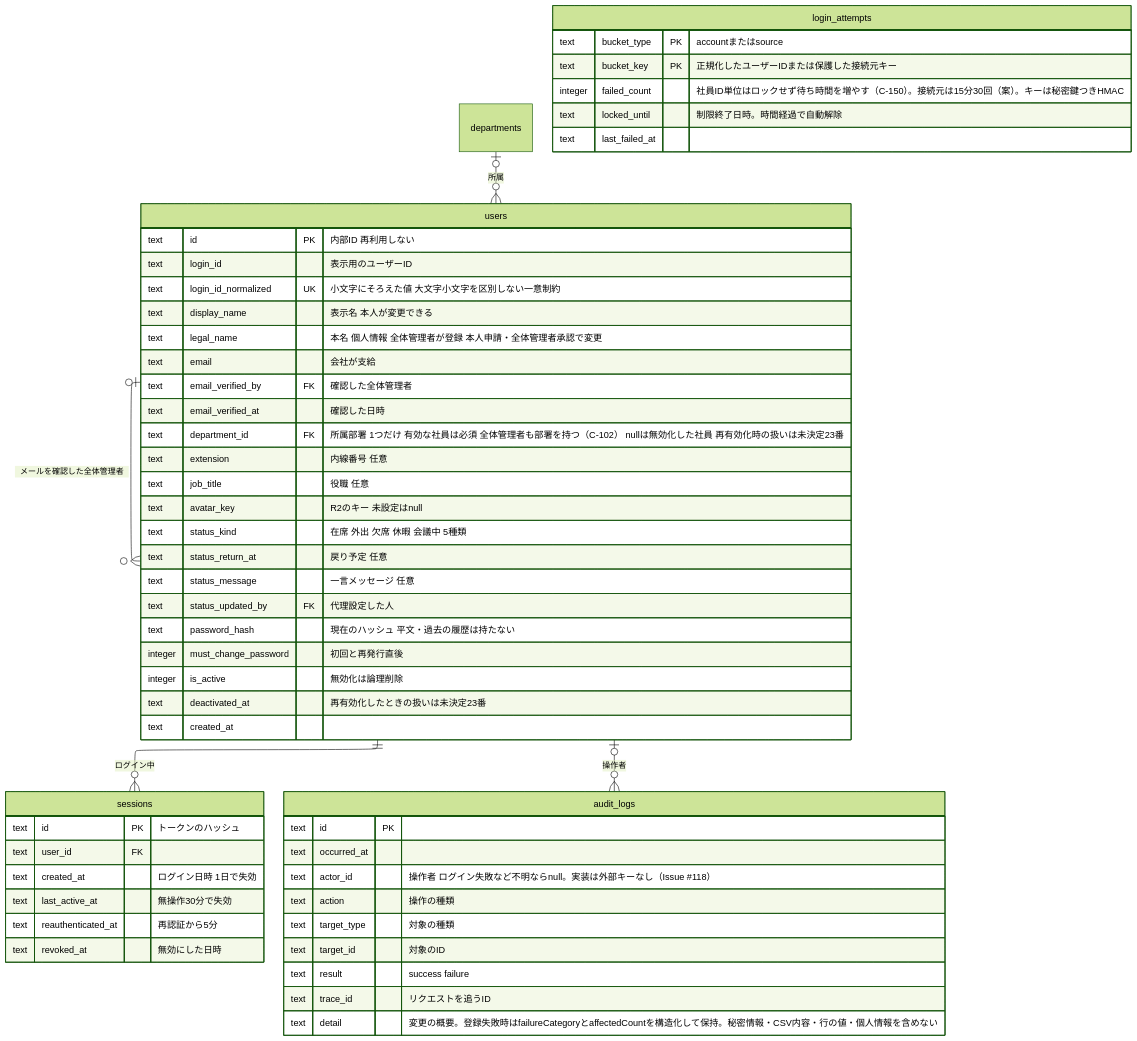
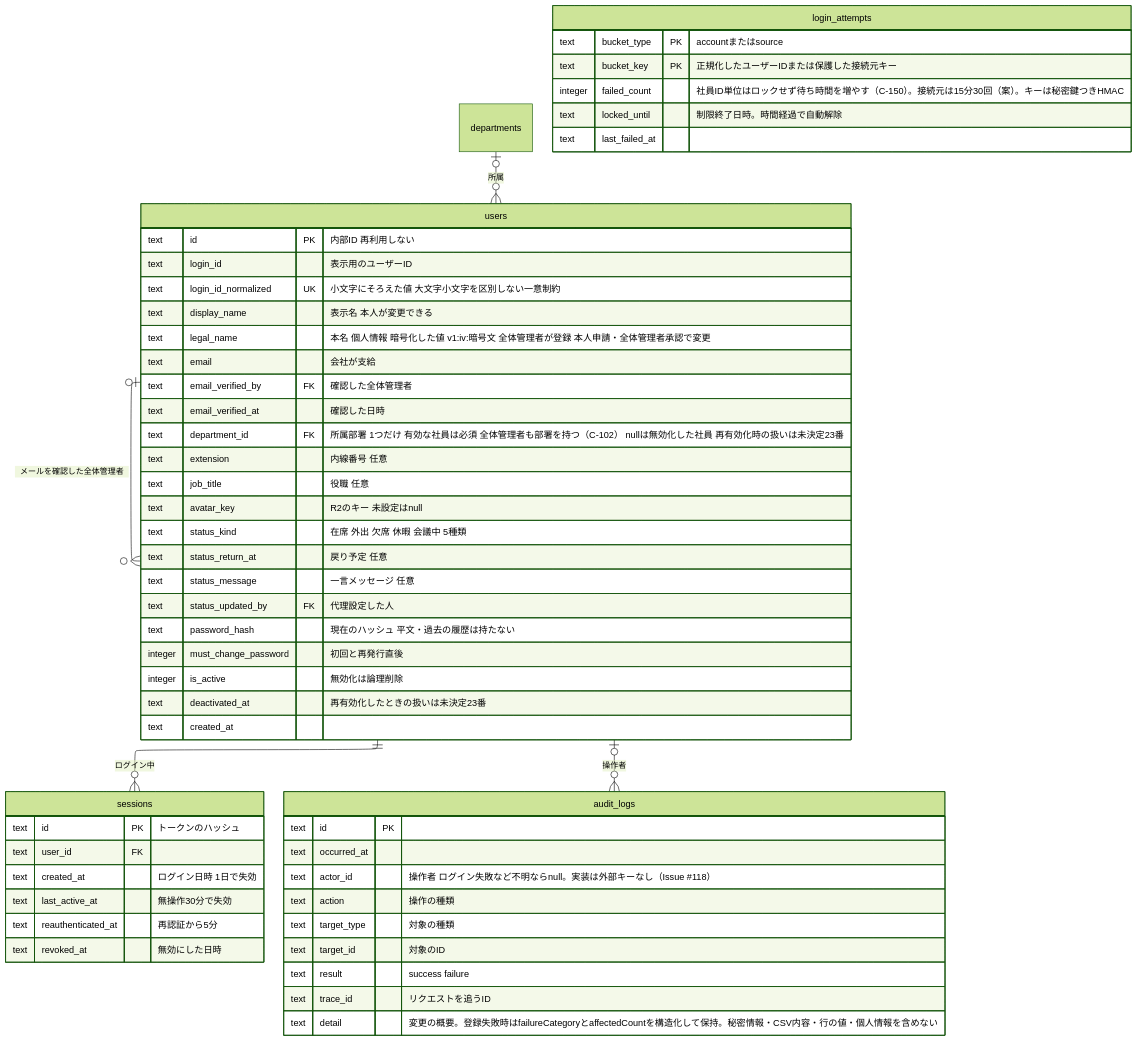
The fifth of 8 diagrams in docs/requirements/data-model.md (yamamotonaoki3/internal-system), drawn with Mermaid (forest theme) before and after one commit. The commit also changed other lines of this file and 74 other files, not shown here.

````diff
--- a/docs/requirements/data-model.md
+++ b/docs/requirements/data-model.md
@@ -169,61 +168,61 @@
 ```mermaid
 ---
 config:
   layout: elk
 ---
 erDiagram
     departments |o--o{ users : "所属"
     users ||--o{ sessions : "ログイン中"
     users |o--o{ audit_logs : "操作者"
     users |o--o{ users : "メールを確認した全体管理者"
 
     users {
         text id PK "内部ID 再利用しない"
         text login_id "表示用のユーザーID"
         text login_id_normalized UK "小文字にそろえた値 大文字小文字を区別しない一意制約"
         text display_name "表示名 本人が変更できる"
-        text legal_name "本名 個人情報 全体管理者が登録 本人申請・全体管理者承認で変更"
+        text legal_name "本名 個人情報 暗号化した値 v1:iv:暗号文 全体管理者が登録 本人申請・全体管理者承認で変更"
         text email "会社が支給"
         text email_verified_by FK "確認した全体管理者"
         text email_verified_at "確認した日時"
         text department_id FK "所属部署 1つだけ 有効な社員は必須 全体管理者も部署を持つ（C-102） nullは無効化した社員 再有効化時の扱いは未決定23番"
         text extension "内線番号 任意"
         text job_title "役職 任意"
         text avatar_key "R2のキー 未設定はnull"
         text status_kind "在席 外出 欠席 休暇 会議中 5種類"
         text status_return_at "戻り予定 任意"
         text status_message "一言メッセージ 任意"
         text status_updated_by FK "代理設定した人"
         text password_hash "現在のハッシュ 平文・過去の履歴は持たない"
         integer must_change_password "初回と再発行直後"
         integer is_active "無効化は論理削除"
         text deactivated_at "再有効化したときの扱いは未決定23番"
         text created_at
     }
     sessions {
         text id PK "トークンのハッシュ"
         text user_id FK
         text created_at "ログイン日時 1日で失効"
         text last_active_at "無操作30分で失効"
         text reauthenticated_at "再認証から5分"
         text revoked_at "無効にした日時"
     }
     login_attempts {
         text bucket_type PK "accountまたはsource"
         text bucket_key PK "正規化したユーザーIDまたは保護した接続元キー"
         integer failed_count "社員ID単位はロックせず待ち時間を増やす（C-150）。接続元は15分30回（案）。キーは秘密鍵つきHMAC"
         text locked_until "制限終了日時。時間経過で自動解除"
         text last_failed_at
     }
     audit_logs {
         text id PK
         text occurred_at
         text actor_id "操作者 ログイン失敗など不明ならnull。実装は外部キーなし（Issue #118）"
         text action "操作の種類"
         text target_type "対象の種類"
         text target_id "対象のID"
         text result "success failure"
         text trace_id "リクエストを追うID"
         text detail "変更の概要。登録失敗時はfailureCategoryとaffectedCountを構造化して保持。秘密情報・CSV内容・行の値・個人情報を含めない"
     }
 ```
````
